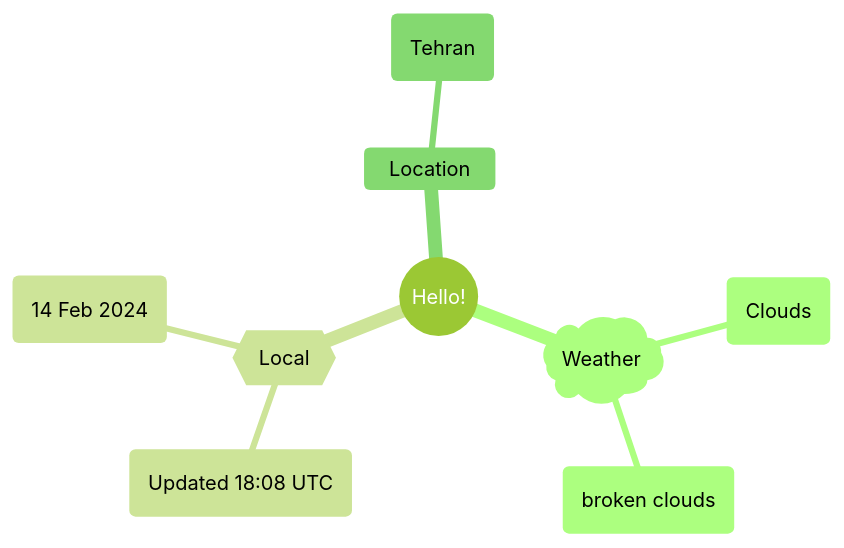
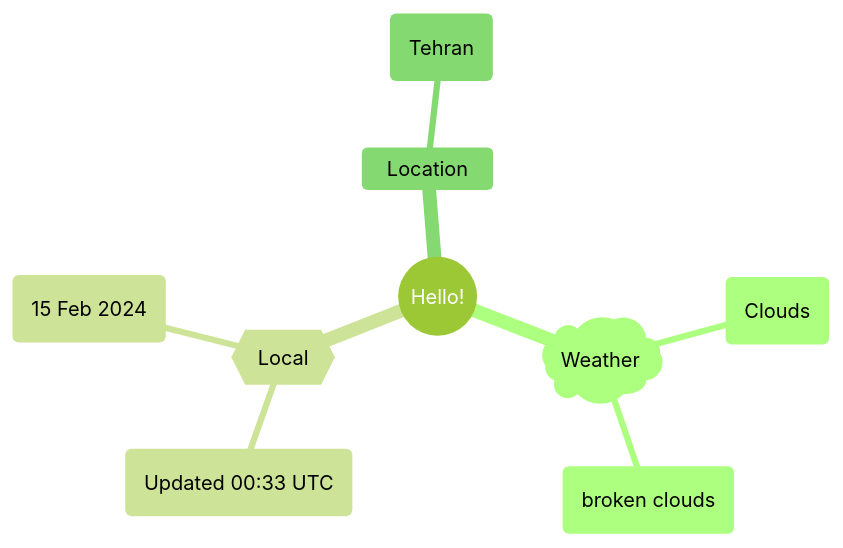
The first of 2 diagrams in README.md (Xosrov/Xosrov), drawn with Mermaid (forest theme) before and after one commit.

Commit message:
[bot] updated images

````diff
--- a/README.md
+++ b/README.md
@@ -3,12 +3,12 @@
 ```mermaid
 mindmap
   root((Hello!))
     )Weather(
         (Clouds)
         (broken clouds)
     {{Local}}
-        (Updated 18:08 UTC)
-        (14 Feb 2024)
+        (Updated 00:33 UTC)
+        (15 Feb 2024)
     Location
         (Tehran)
 ```
````
